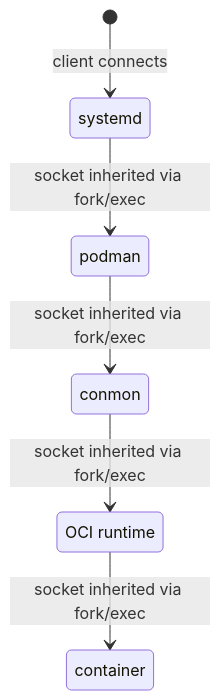
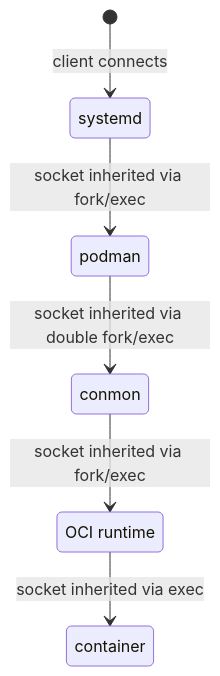
The first of 2 diagrams in README.md (eriksjolund/podman-socket-activation), drawn with Mermaid before and after one commit.

Commit message:
Adjust mermaid diagram

````diff
--- a/README.md
+++ b/README.md
@@ -28,9 +28,9 @@
 ``` mermaid
 stateDiagram-v2
     [*] --> systemd: client connects
     systemd --> podman: socket inherited via fork/exec
     state "OCI runtime" as s2
-    podman --> conmon: socket inherited via fork/exec
+    podman --> conmon: socket inherited via double fork/exec
     conmon --> s2: socket inherited via fork/exec
-    s2 --> container: socket inherited via fork/exec
+    s2 --> container: socket inherited via exec
 ```
````
